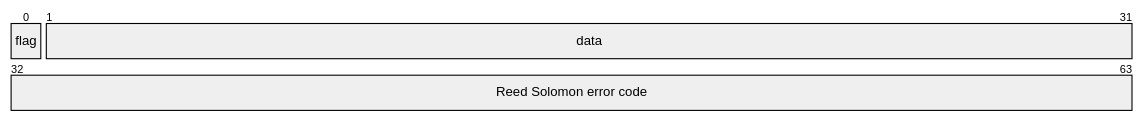
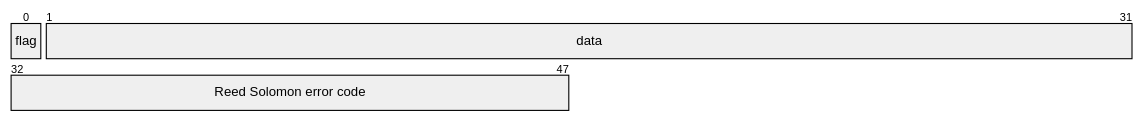
One commit to BimBim134/vibe-audioModem changed the first of 2 diagrams in docs/parameters.md. Above: the diagram before and after it, drawn with Mermaid. The commit also changed other lines of this file and 3 other files, not shown here.

````diff
--- a/docs/parameters.md
+++ b/docs/parameters.md
@@ -12,6 +12,6 @@
 ```mermaid
 packet
 +1:"flag"
 +31:"data"
-+32:"Reed Solomon error code"
++16:"Reed Solomon error code"
 ```
````
